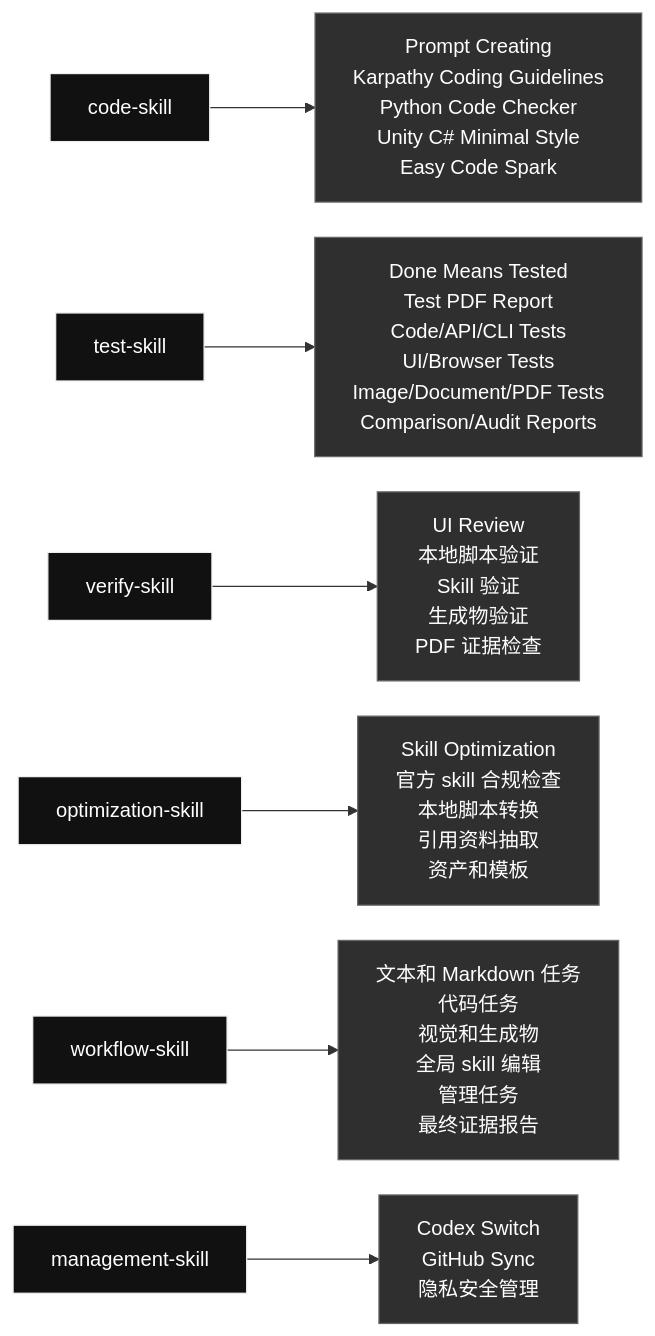
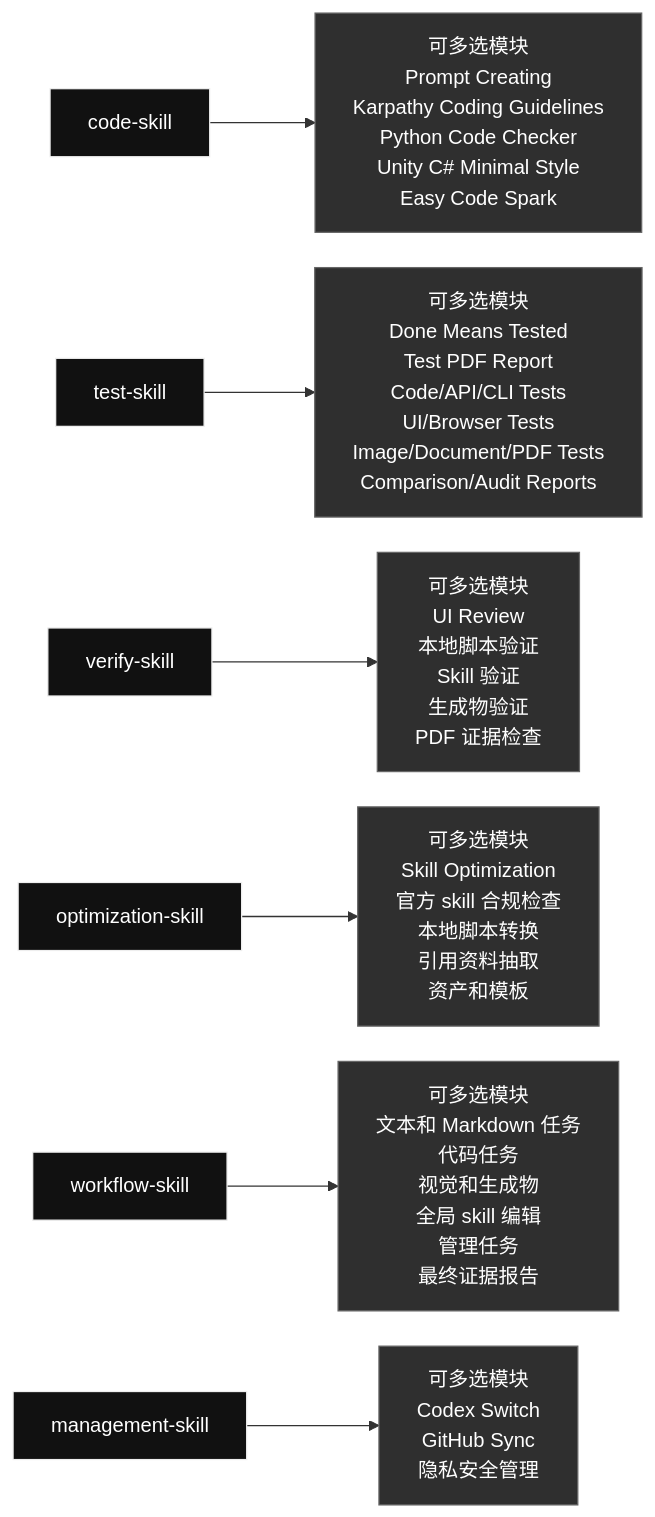
Before and after one commit to qinbatista/qin-codex-skills: the diagram in README.zh.md, drawn with Mermaid. The commit also changed other lines of this file and 17 other files, not shown here.

````diff
--- a/README.zh.md
+++ b/README.zh.md
@@ -7,14 +7,14 @@
 ```mermaid
 %%{init: {"flowchart": {"nodeSpacing": 28, "rankSpacing": 54, "wrappingWidth": 240}}}%%
 flowchart LR
-  skill_code_skill["code-skill"] --> inside_code_skill["Prompt Creating<br/>Karpathy Coding Guidelines<br/>Python Code Checker<br/>Unity C# Minimal Style<br/>Easy Code Spark"]
-  skill_test_skill["test-skill"] --> inside_test_skill["Done Means Tested<br/>Test PDF Report<br/>Code/API/CLI Tests<br/>UI/Browser Tests<br/>Image/Document/PDF Tests<br/>Comparison/Audit Reports"]
-  skill_verify_skill["verify-skill"] --> inside_verify_skill["UI Review<br/>本地脚本验证<br/>Skill 验证<br/>生成物验证<br/>PDF 证据检查"]
-  skill_optimization_skill["optimization-skill"] --> inside_optimization_skill["Skill Optimization<br/>官方 skill 合规检查<br/>本地脚本转换<br/>引用资料抽取<br/>资产和模板"]
-  skill_workflow_skill["workflow-skill"] --> inside_workflow_skill["文本和 Markdown 任务<br/>代码任务<br/>视觉和生成物<br/>全局 skill 编辑<br/>管理任务<br/>最终证据报告"]
-  skill_management_skill["management-skill"] --> inside_management_skill["Codex Switch<br/>GitHub Sync<br/>隐私安全管理"]
+  skill_code_skill["code-skill"] --> inside_code_skill["可多选模块<br/>Prompt Creating<br/>Karpathy Coding Guidelines<br/>Python Code Checker<br/>Unity C# Minimal Style<br/>Easy Code Spark"]
+  skill_test_skill["test-skill"] --> inside_test_skill["可多选模块<br/>Done Means Tested<br/>Test PDF Report<br/>Code/API/CLI Tests<br/>UI/Browser Tests<br/>Image/Document/PDF Tests<br/>Comparison/Audit Reports"]
+  skill_verify_skill["verify-skill"] --> inside_verify_skill["可多选模块<br/>UI Review<br/>本地脚本验证<br/>Skill 验证<br/>生成物验证<br/>PDF 证据检查"]
+  skill_optimization_skill["optimization-skill"] --> inside_optimization_skill["可多选模块<br/>Skill Optimization<br/>官方 skill 合规检查<br/>本地脚本转换<br/>引用资料抽取<br/>资产和模板"]
+  skill_workflow_skill["workflow-skill"] --> inside_workflow_skill["可多选模块<br/>文本和 Markdown 任务<br/>代码任务<br/>视觉和生成物<br/>全局 skill 编辑<br/>管理任务<br/>最终证据报告"]
+  skill_management_skill["management-skill"] --> inside_management_skill["可多选模块<br/>Codex Switch<br/>GitHub Sync<br/>隐私安全管理"]
   classDef skill fill:#111,color:#fff,stroke:#eee;
   classDef content fill:#2f2f2f,color:#fff,stroke:#666;
   class skill_code_skill,skill_test_skill,skill_verify_skill,skill_optimization_skill,skill_workflow_skill,skill_management_skill skill;
   class inside_code_skill,inside_test_skill,inside_verify_skill,inside_optimization_skill,inside_workflow_skill,inside_management_skill content;
 ```
````
